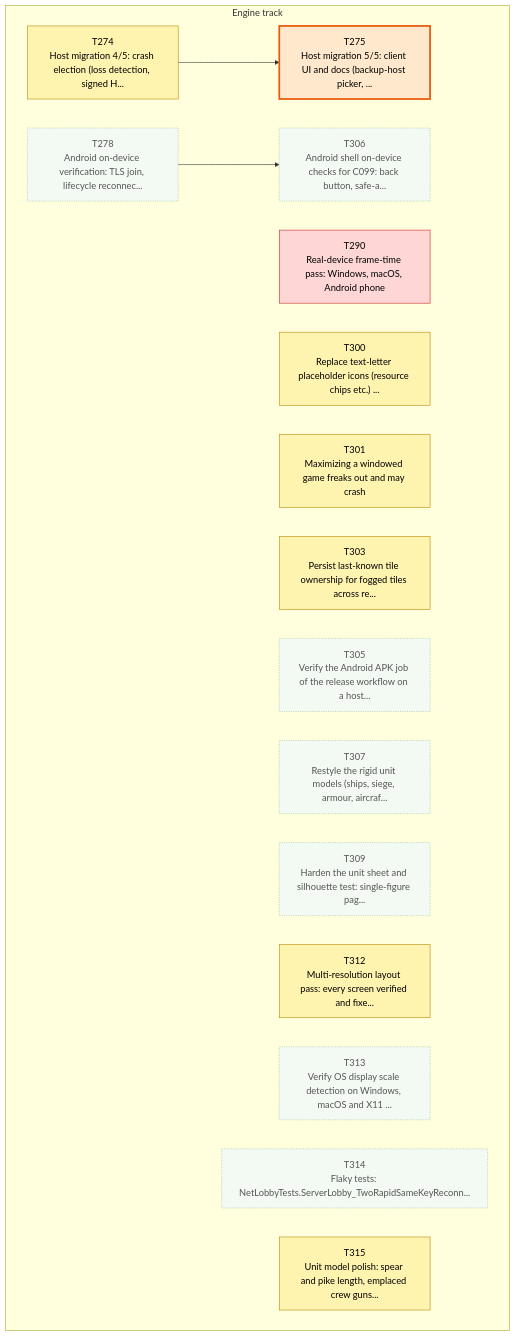
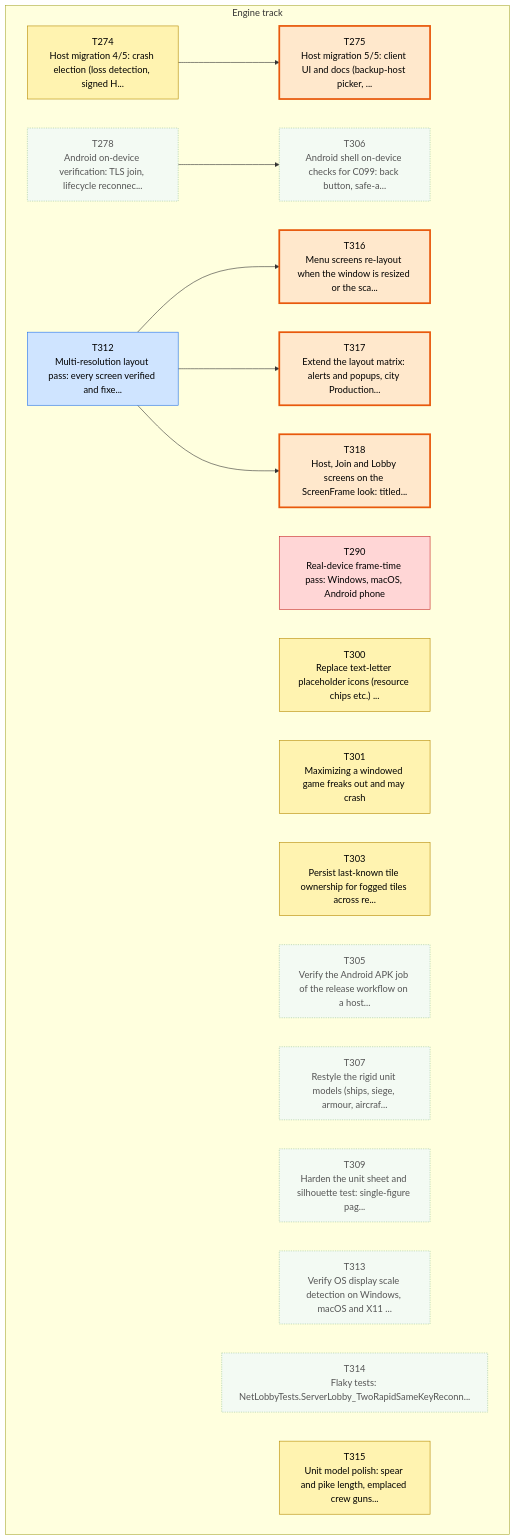
The first of 3 diagrams in csharp/migration/DEPENDENCY_MAP.md (Kenmura/Unciv), drawn with Mermaid before and after one commit. The commit also changed other lines of this file and 3 other files, not shown here.

````diff
--- a/csharp/migration/DEPENDENCY_MAP.md
+++ b/csharp/migration/DEPENDENCY_MAP.md
@@ -35,44 +35,53 @@
 ```mermaid
 flowchart TD
   subgraph TTRACK["Engine track"]
     T274["T274<br/>Host migration 4/5: crash election (loss detection, signed H..."]
     T275["T275<br/>Host migration 5/5: client UI and docs (backup-host picker, ..."]
     T278["T278<br/>Android on-device verification: TLS join, lifecycle reconnec..."]
     T290["T290<br/>Real-device frame-time pass: Windows, macOS, Android phone"]
     T300["T300<br/>Replace text-letter placeholder icons (resource chips etc.) ..."]
     T301["T301<br/>Maximizing a windowed game freaks out and may crash"]
     T303["T303<br/>Persist last-known tile ownership for fogged tiles across re..."]
     T305["T305<br/>Verify the Android APK job of the release workflow on a host..."]
     T306["T306<br/>Android shell on-device checks for C099: back button, safe-a..."]
     T307["T307<br/>Restyle the rigid unit models (ships, siege, armour, aircraf..."]
     T309["T309<br/>Harden the unit sheet and silhouette test: single-figure pag..."]
     T312["T312<br/>Multi-resolution layout pass: every screen verified and fixe..."]
     T313["T313<br/>Verify OS display scale detection on Windows, macOS and X11 ..."]
     T314["T314<br/>Flaky tests: NetLobbyTests.ServerLobby_TwoRapidSameKeyReconn..."]
     T315["T315<br/>Unit model polish: spear and pike length, emplaced crew guns..."]
+    T316["T316<br/>Menu screens re-layout when the window is resized or the sca..."]
+    T317["T317<br/>Extend the layout matrix: alerts and popups, city Production..."]
+    T318["T318<br/>Host, Join and Lobby screens on the ScreenFrame look: titled..."]
   end
   T274 --> T275
   T278 --> T306
+  T312 --> T316
+  T312 --> T317
+  T312 --> T318
   classDef waiting fill:#f3faf3,stroke:#9bc49b,color:#555,stroke-dasharray:2 2
   classDef ondeck fill:#ffe8cc,stroke:#e8590c,stroke-width:3px,color:#000
   classDef ready fill:#7ee787,stroke:#1a7f37,stroke-width:3px,color:#000
   classDef prog fill:#fff3b0,stroke:#b58900,color:#000
   classDef review fill:#cfe4ff,stroke:#1f6feb,color:#000
   classDef blocked fill:#ffd6d6,stroke:#c62828,color:#000
   classDef done fill:#eeeeee,stroke:#999999,color:#666,stroke-dasharray:4 3
   class T274 prog
   class T275 ondeck
   class T278 waiting
   class T290 blocked
   class T300 prog
   class T301 prog
   class T303 prog
   class T305 waiting
   class T306 waiting
   class T307 waiting
   class T309 waiting
-  class T312 prog
+  class T312 review
   class T313 waiting
   class T314 waiting
   class T315 prog
+  class T316 ondeck
+  class T317 ondeck
+  class T318 ondeck
 ```
````
